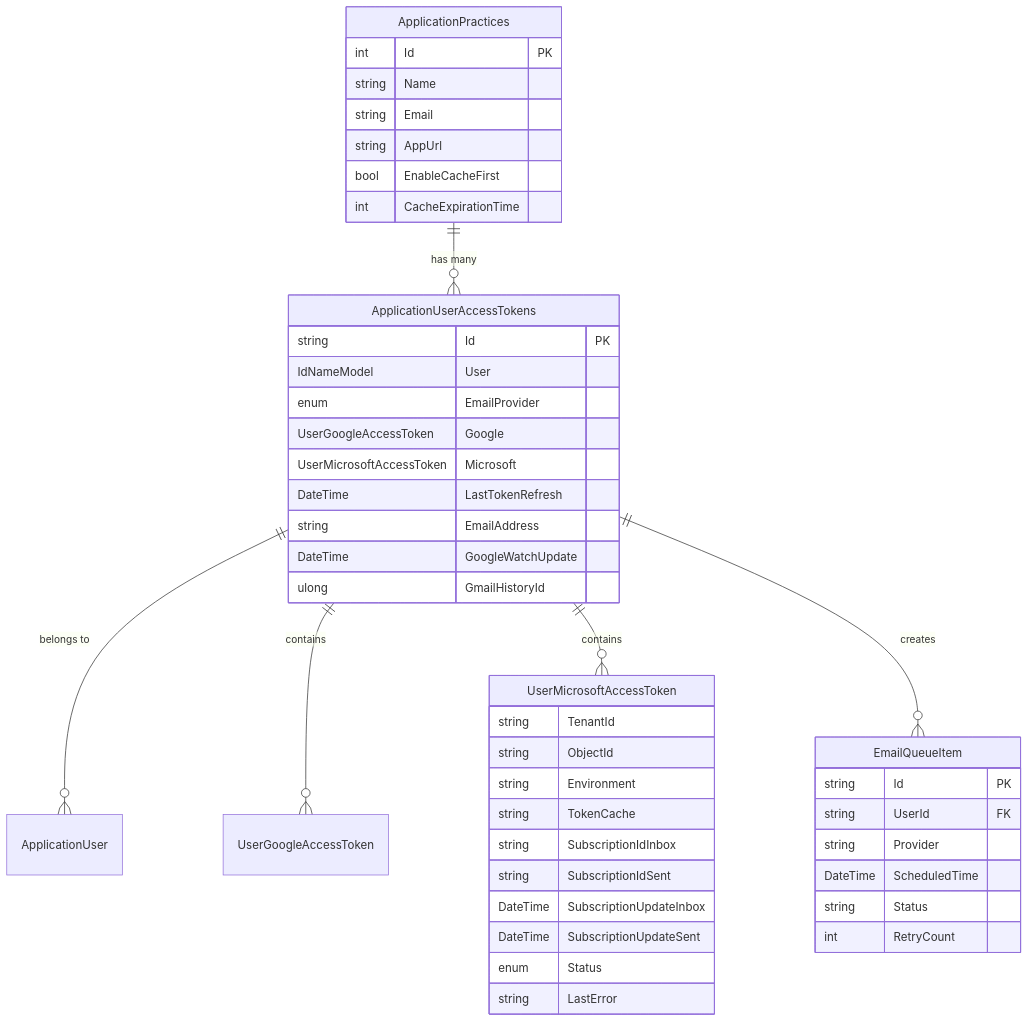
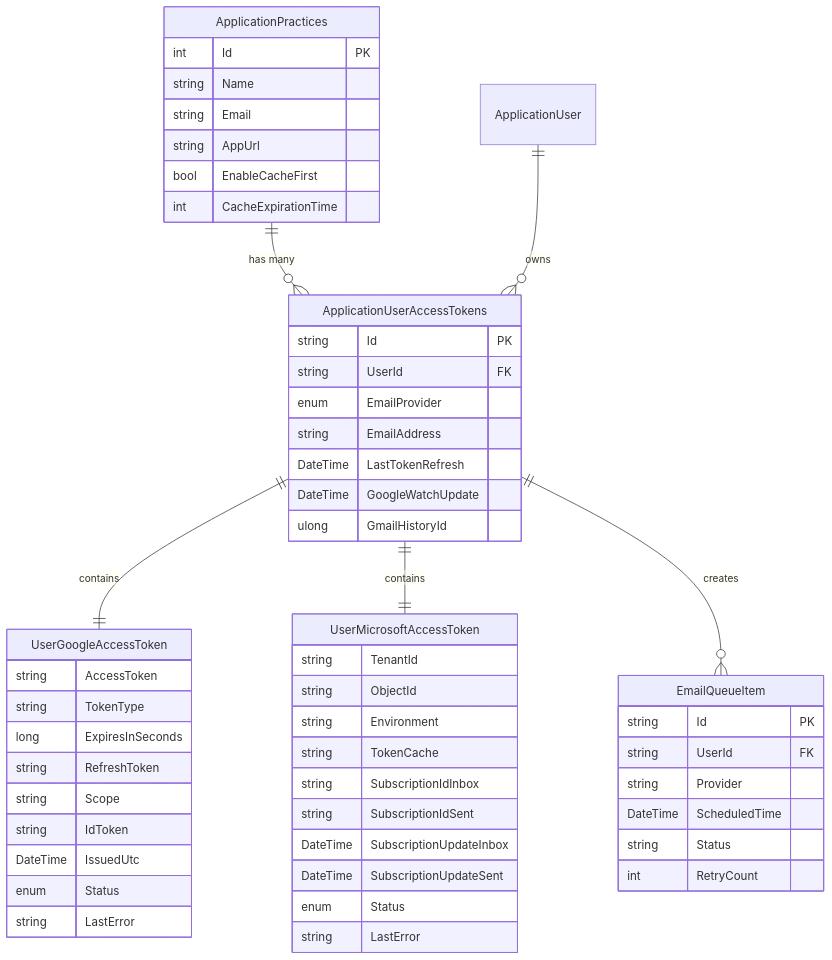
Before and after one commit to Harshita-capsitech/EmailDocs: diagram 12 of 12 in overAll.md, drawn with Mermaid. The commit also changed other lines of this file, not shown here.

````diff
--- a/overAll.md
+++ b/overAll.md
@@ -535,51 +587,63 @@
 ```mermaid
 erDiagram
-    ApplicationUserAccessTokens ||--o{ ApplicationUser : "belongs to"
-    ApplicationUserAccessTokens ||--o{ UserGoogleAccessToken : "contains"
-    ApplicationUserAccessTokens ||--o{ UserMicrosoftAccessToken : "contains"
     ApplicationPractices ||--o{ ApplicationUserAccessTokens : "has many"
+    ApplicationUser ||--o{ ApplicationUserAccessTokens : "owns"
+
+    ApplicationUserAccessTokens ||--|| UserGoogleAccessToken : "contains"
+    ApplicationUserAccessTokens ||--|| UserMicrosoftAccessToken : "contains"
     ApplicationUserAccessTokens ||--o{ EmailQueueItem : "creates"
-    
+
     ApplicationUserAccessTokens {
         string Id PK
-        IdNameModel User
+        string UserId FK
         enum EmailProvider
-        UserGoogleAccessToken Google
-        UserMicrosoftAccessToken Microsoft
+        string EmailAddress
         DateTime LastTokenRefresh
-        string EmailAddress
         DateTime GoogleWatchUpdate
         ulong GmailHistoryId
     }
-    
+
+    UserGoogleAccessToken {
+        string AccessToken
+        string TokenType
+        long ExpiresInSeconds
+        string RefreshToken
+        string Scope
+        string IdToken
+        DateTime IssuedUtc
+        enum Status
+        string LastError
+    }
+
     UserMicrosoftAccessToken {
         string TenantId
         string ObjectId
         string Environment
         string TokenCache
         string SubscriptionIdInbox
         string SubscriptionIdSent
         DateTime SubscriptionUpdateInbox
         DateTime SubscriptionUpdateSent
         enum Status
         string LastError
     }
-    
+
     ApplicationPractices {
         int Id PK
         string Name
         string Email
         string AppUrl
         bool EnableCacheFirst
         int CacheExpirationTime
     }
-    
+
     EmailQueueItem {
         string Id PK
         string UserId FK
         string Provider
         DateTime ScheduledTime
         string Status
         int RetryCount
     }
+
 ```
````
